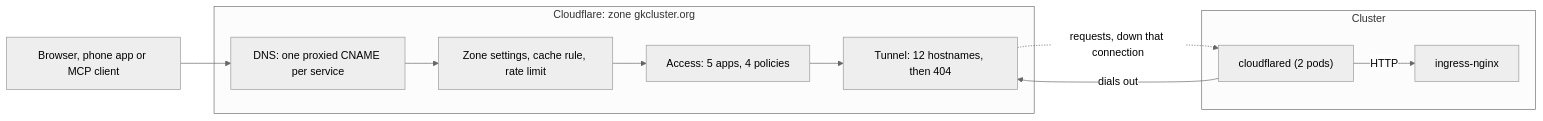
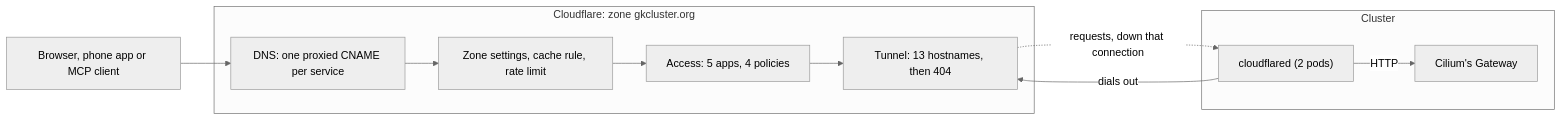
The diagram in docs/how-to/cloudflare-as-code.md (gilesknap/tpi-k3s-ansible), drawn with Mermaid (neutral theme) before and after one commit. The commit also changed other lines of this file and 19 other files, not shown here.

First line of the commit message:
Point every Cloudflare tunnel route at Cilium's Gateway

````diff
--- a/docs/how-to/cloudflare-as-code.md
+++ b/docs/how-to/cloudflare-as-code.md
@@ -19,18 +19,18 @@
 ```mermaid
 flowchart LR
     client["Browser, phone app or MCP client"]
     subgraph cf["Cloudflare: zone gkcluster.org"]
         dns["DNS: one proxied CNAME per service"]
         waf["Zone settings, cache rule, rate limit"]
         access["Access: 5 apps, 4 policies"]
-        tunnel["Tunnel: 12 hostnames, then 404"]
+        tunnel["Tunnel: 13 hostnames, then 404"]
     end
     subgraph cluster["Cluster"]
         cfd["cloudflared (2 pods)"]
-        nginx["ingress-nginx"]
+        gw["Cilium's Gateway"]
     end
     client --> dns --> waf --> access --> tunnel
     cfd -- "dials out" --> tunnel
     tunnel -. "requests, down that connection" .-> cfd
-    cfd -- "HTTP" --> nginx
+    cfd -- "HTTP" --> gw
 ```
````
